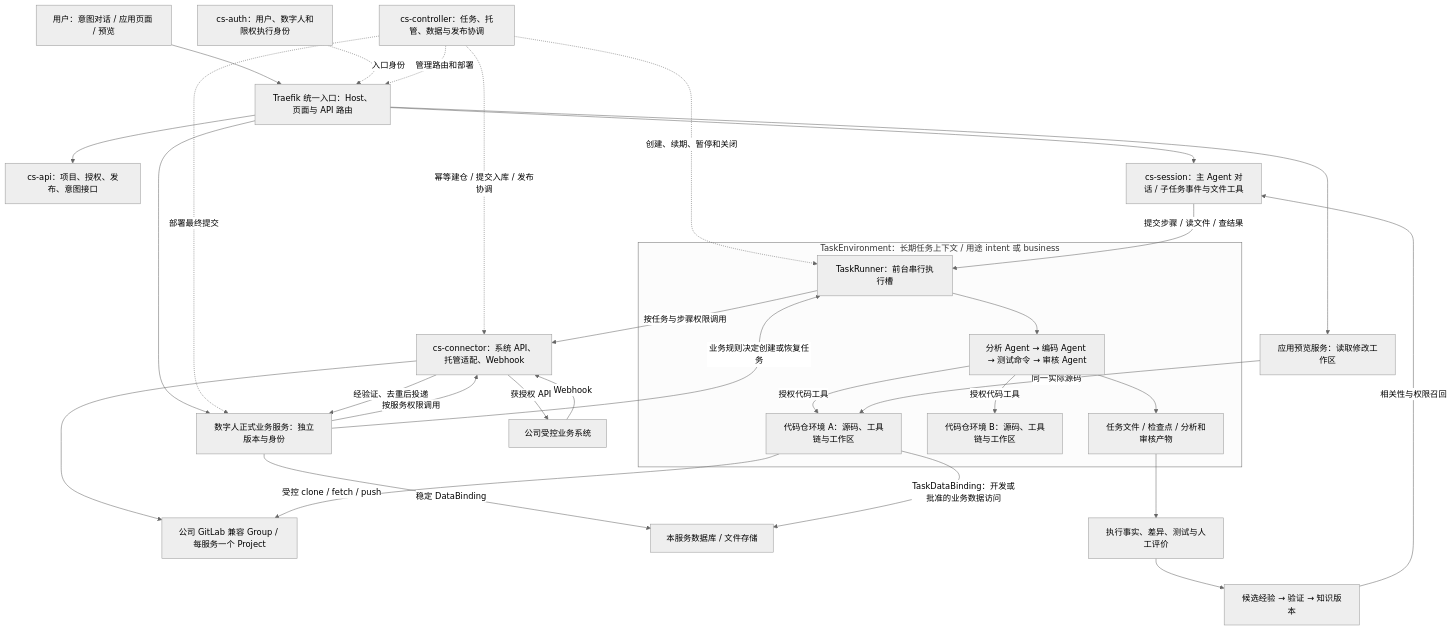
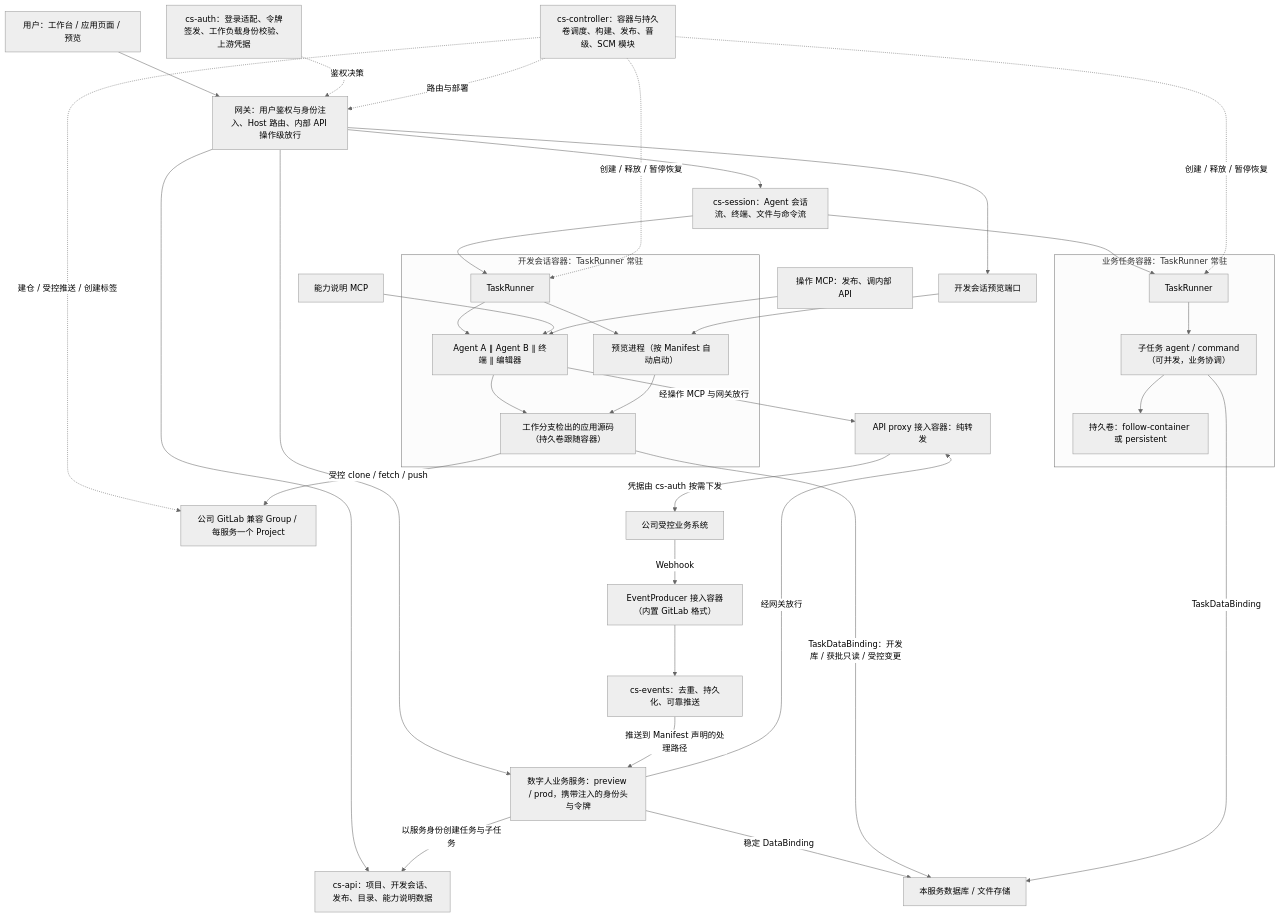
One commit to wangbinquan/CrewStation changed the diagram in proposal/design.md. Above: the diagram before and after it, drawn with Mermaid (neutral theme). The commit also changed other lines of this file and 1 other file, not shown here.

````diff
--- a/proposal/design.md
+++ b/proposal/design.md
@@ -157,39 +158,43 @@
 ```mermaid
 flowchart TB
-    User["用户：意图对话 / 应用页面 / 预览"] --> GW["Traefik 统一入口：Host、页面与 API 路由"]
-    GW --> API["cs-api：项目、授权、发布、意图接口"]
-    GW --> SS["cs-session：主 Agent 对话 / 子任务事件与文件工具"]
-    GW --> Biz["数字人正式业务服务：独立版本与身份"]
-    GW --> Preview["应用预览服务：读取修改工作区"]
-    Auth["cs-auth：用户、数字人和限权执行身份"] -. "入口身份" .-> GW
-    Ctrl["cs-controller：任务、托管、数据与发布协调"] -. "管理路由和部署" .-> GW
-    Ctrl -. "部署最终提交" .-> Biz
-    subgraph Task["TaskEnvironment：长期任务上下文 / 用途 intent 或 business"]
-        Runner["TaskRunner：前台串行执行槽"]
-        Steps["分析 Agent → 编码 Agent → 测试命令 → 审核 Agent"]
-        RepoA["代码仓环境 A：源码、工具链与工作区"]
-        RepoB["代码仓环境 B：源码、工具链与工作区"]
-        Art["任务文件 / 检查点 / 分析和审核产物"]
-        Runner --> Steps
-        Steps -->|"授权代码工具"| RepoA
-        Steps -->|"授权代码工具"| RepoB
-        Steps --> Art
+    User["用户：工作台 / 应用页面 / 预览"] --> GW["网关：用户鉴权与身份注入、Host 路由、内部 API 操作级放行"]
+    GW --> API["cs-api：项目、开发会话、发布、目录、能力说明数据"]
+    GW --> SS["cs-session：Agent 会话流、终端、文件与命令流"]
+    GW --> Biz["数字人业务服务：preview / prod，携带注入的身份头与令牌"]
+    GW --> Preview["开发会话预览端口"]
+    Auth["cs-auth：登录适配、令牌签发、工作负载身份校验、上游凭据"] -. "鉴权决策" .-> GW
+    Ctrl["cs-controller：容器与持久卷调度、构建、发布、晋级、SCM 模块"] -. "路由与部署" .-> GW
+    subgraph Dev["开发会话容器：TaskRunner 常驻"]
+        Runner1["TaskRunner"]
+        Agents["Agent A ∥ Agent B ∥ 终端 ∥ 编辑器"]
+        Work["工作分支检出的应用源码（持久卷跟随容器）"]
+        Prev["预览进程（按 Manifest 自动启动）"]
+        Runner1 --> Agents --> Work
+        Runner1 --> Prev --> Work
     end
-    Ctrl -. "创建、续期、暂停和关闭" .-> Runner
-    SS -->|"提交步骤 / 读文件 / 查结果"| Runner
-    Biz -->|"业务规则决定创建或恢复任务"| Runner
-    Preview -->|"同一实际源码"| RepoA
-    Broker["cs-connector：系统 API、托管适配、Webhook"] --> Git["公司 GitLab 兼容 Group / 每服务一个 Project"]
-    Ctrl -. "幂等建仓 / 提交入库 / 发布协调" .-> Broker
-    RepoA -->|"受控 clone / fetch / push"| Git
-    Biz -->|"按服务权限调用"| Broker
-    Runner -->|"按任务与步骤权限调用"| Broker
-    Corp["公司受控业务系统"] -->|"Webhook"| Broker
-    Broker -->|"经验证、去重后投递"| Biz
-    Broker -->|"获授权 API"| Corp
+    subgraph Task["业务任务容器：TaskRunner 常驻"]
+        Runner2["TaskRunner"]
+        Subs["子任务 agent / command（可并发，业务协调）"]
+        Vol["持久卷：follow-container 或 persistent"]
+        Runner2 --> Subs --> Vol
+    end
+    SS --> Runner1
+    SS --> Runner2
+    Ctrl -. "创建 / 释放 / 暂停恢复" .-> Runner1
+    Ctrl -. "创建 / 释放 / 暂停恢复" .-> Runner2
+    Biz -->|"以服务身份创建任务与子任务"| API
+    Preview --> Prev
+    MCP1["能力说明 MCP"] --> Agents
+    MCP2["操作 MCP：发布、调内部 API"] --> Agents
+    Ctrl -. "建仓 / 受控推送 / 创建标签" .-> Git["公司 GitLab 兼容 Group / 每服务一个 Project"]
+    Work -->|"受控 clone / fetch / push"| Git
+    Biz -->|"经网关放行"| Proxy["API proxy 接入容器：纯转发"]
+    Agents -->|"经操作 MCP 与网关放行"| Proxy
+    Proxy -->|"凭据由 cs-auth 按需下发"| Corp["公司受控业务系统"]
+    Corp -->|"Webhook"| EP["EventProducer 接入容器（内置 GitLab 格式）"]
+    EP --> Events["cs-events：去重、持久化、可靠推送"]
+    Events -->|"推送到 Manifest 声明的处理路径"| Biz
     Biz -->|"稳定 DataBinding"| DB["本服务数据库 / 文件存储"]
-    RepoA -->|"TaskDataBinding：开发或批准的业务数据访问"| DB
-    Art --> Facts["执行事实、差异、测试与人工评价"]
-    Facts --> Knowledge["候选经验 → 验证 → 知识版本"]
-    Knowledge -->|"相关性与权限召回"| SS
+    Work -->|"TaskDataBinding：开发库 / 获批只读 / 受控变更"| DB
+    Subs -->|"TaskDataBinding"| DB
 ```
````
